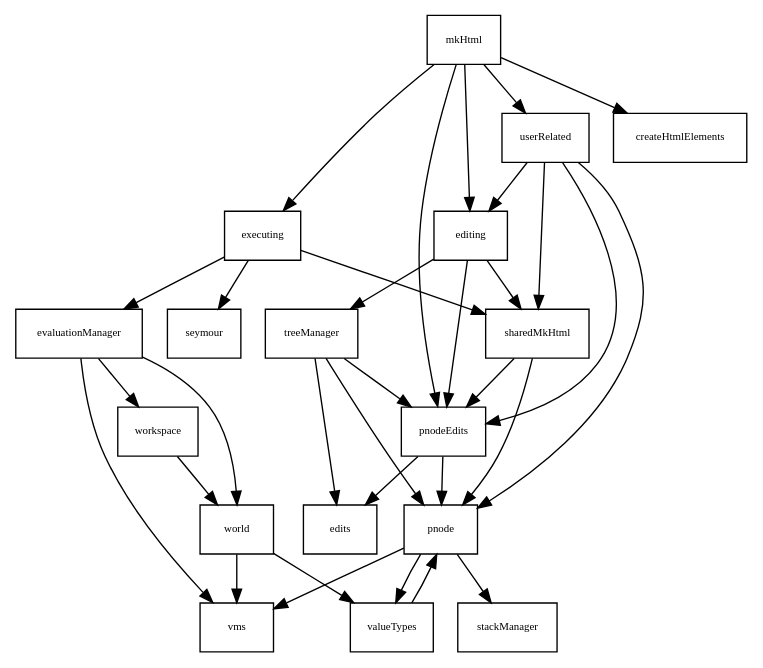
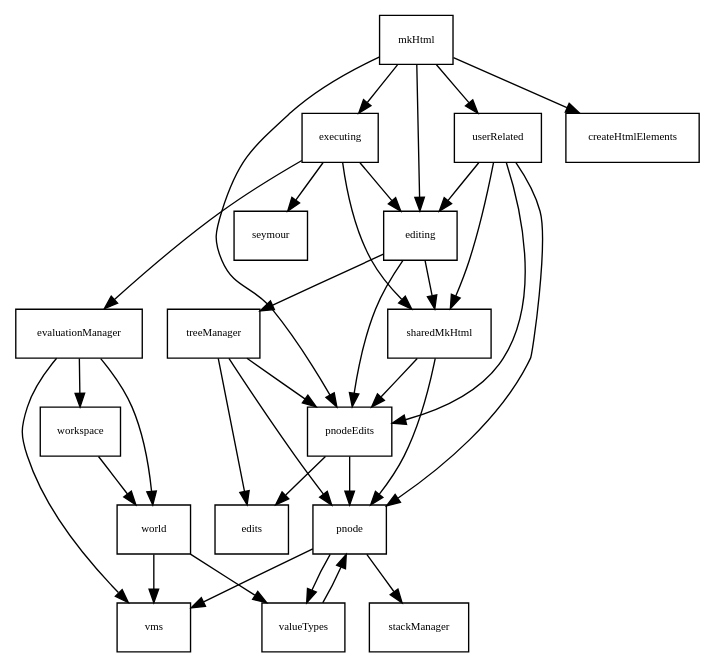
The diagram in typescriptSrc/dependence-js.gv (theodore-norvell/PLAAY), drawn with Graphviz before and after one commit. The commit also changed 3 other files, not shown here.

```diff
--- a/typescriptSrc/dependence-js.gv
+++ b/typescriptSrc/dependence-js.gv
@@ -1,69 +1,70 @@
 digraph Depends {
 
    gsize="8,6"; ratio=fill;
    node[fontsize=8, shape=rectangle];
 
    //edits -> assert ;
    //edits -> collections ;
    
    editing -> sharedMkHtml ;
    editing -> pnodeEdits ;
    editing -> treeManager ;
 
    evaluationManager -> vms ;
    evaluationManager -> workspace ;
    evaluationManager -> world ;
 
    executing -> sharedMkHtml ;
+   executing -> editing ;
    executing -> evaluationManager ;
    executing -> seymour ;
 
    //mkHtml -> assert ;
    //mkHtml -> collections ;
 
    mkHtml -> createHtmlElements ;
    mkHtml -> editing ;
    mkHtml -> executing ;
    mkHtml -> pnodeEdits ;
    mkHtml -> userRelated ;
 
    //pnode -> assert ;
    //pnode -> collections ;
    pnode -> stackManager ;
    pnode -> valueTypes ;
    pnode -> vms ;
 
    //pnodeEdits -> assert ;
    //pnodeEdits -> collections ;
    pnodeEdits -> edits ;
    pnodeEdits -> pnode ;
 
    sharedMkHtml -> pnode ;
    sharedMkHtml -> pnodeEdits ;
 
    //treeManager -> asssert ;
    //treeManager -> collections ;
    treeManager -> edits ;
    treeManager -> pnode ;
    treeManager -> pnodeEdits ;
 
    userRelated -> editing ;
    userRelated -> pnodeEdits ;
    userRelated -> pnode ;
    userRelated -> sharedMkHtml ;
    //turtleTest -> seymour ;
 
    //valueTypes -> assert ;
    //valueTypes -> collections ;
    valueTypes -> pnode ;
 
    //vms -> assert ;
    //vms -> collections ;
 
    workspace -> world ;
 
    //world -> assert ;
    //world -> collections ;
    world -> valueTypes ;
    world -> vms ;
 }
```
